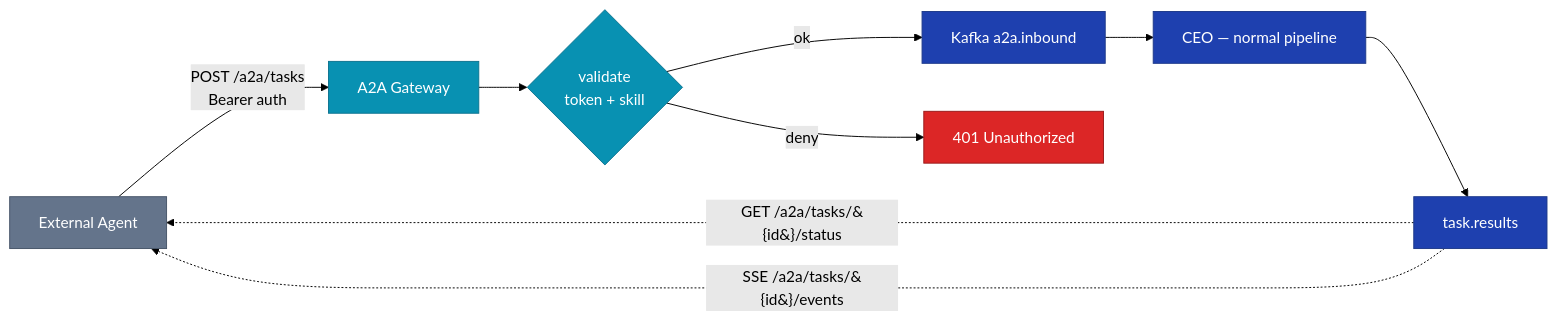
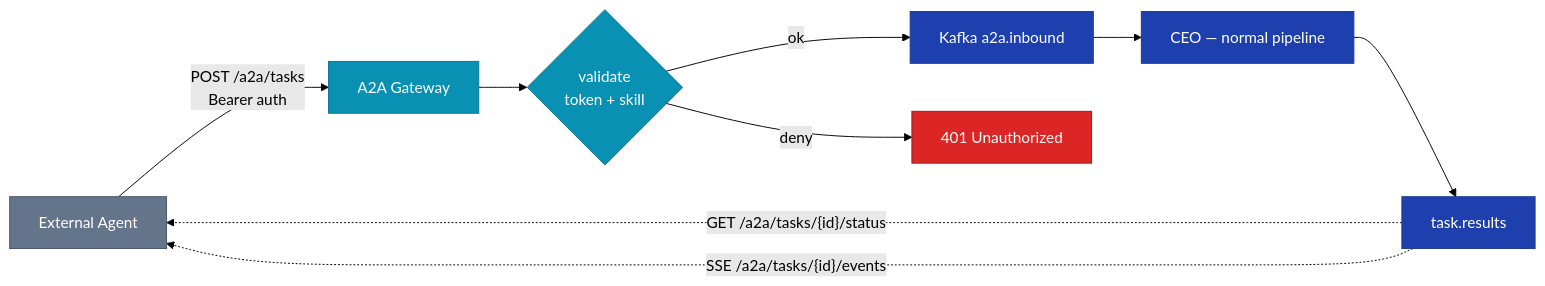
Before and after one commit to santapong/Nexus: the seventh of 15 diagrams in docs/ARCHITECTURE.md, drawn with Mermaid (forest theme). The commit also changed other lines of this file and 1 other file, not shown here.

Commit message:
docs(mermaid): fix syntax in 4 diagrams across 2 files (#51)
- README.md: convert `-. audit.log .->` dotted-arrow-with-text to
  `-.->|audit.log|` pipe-label form (Mermaid lexer choked on the
  period inside the inline text marker).
- ARCHITECTURE.md (3 diagrams): wrap node and edge labels containing
  literal `{id}` braces in double quotes so the flowchart parser
  does not interpret `{` as a diamond-shape start. Also unescape
  the HTML entities `&#123;`/`&#125;` that were previously masking
  the same issue.

All 29 Mermaid blocks across README.md, CLAUDE.md, and docs/* now
render cleanly via the validator.

https://claude.ai/code/session_01S7buNXAMFavcUL6tkUCrta

````diff
--- a/docs/ARCHITECTURE.md
+++ b/docs/ARCHITECTURE.md
@@ -362,16 +362,16 @@
 ```mermaid
 flowchart LR
     EXT[External Agent]:::ext -->|POST /a2a/tasks<br/>Bearer auth| GW[A2A Gateway]:::integ
     GW --> CHK{validate<br/>token + skill}:::integ
     CHK -->|ok| A2AT[Kafka a2a.inbound]:::core
     CHK -->|deny| ERR[401 Unauthorized]:::danger
     A2AT --> CEO[CEO — normal pipeline]:::core
     CEO --> RESULT[task.results]:::core
-    RESULT -.->|GET /a2a/tasks/&#123;id&#125;/status| EXT
-    RESULT -.->|SSE /a2a/tasks/&#123;id&#125;/events| EXT
+    RESULT -.->|"GET /a2a/tasks/{id}/status"| EXT
+    RESULT -.->|"SSE /a2a/tasks/{id}/events"| EXT
 
     classDef core fill:#1e40af,stroke:#1e3a8a,color:#fff
     classDef integ fill:#0891b2,stroke:#0e7490,color:#fff
     classDef ext fill:#64748b,stroke:#475569,color:#fff
     classDef danger fill:#dc2626,stroke:#991b1b,color:#fff
 ```
````
